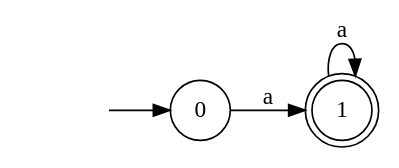
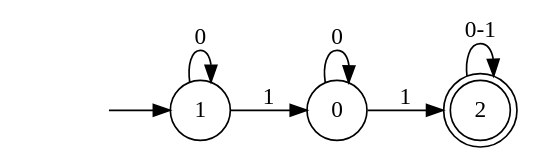
One commit to Faymiaouent/Automa4U changed the diagram in dotfiles/DFA18.dot. Above: the diagram before and after it, drawn with Graphviz. The commit also changed 86 other files, not shown here.

```diff
--- a/dotfiles/DFA18.dot
+++ b/dotfiles/DFA18.dot
@@ -1,9 +1,13 @@
 digraph Automaton {
   rankdir = LR;
 node [shape=circle];
+  0 -> 0 [label="0"];
+  0 -> 2 [label="1"];
+node [shape=circle];
   initial [shape=plaintext,label=""];
-  initial -> 0
-  0 -> 1 [label="a"];
-1 [shape=doublecircle]; 
-  1 -> 1 [label="a"];
+  initial -> 1
+  1 -> 1 [label="0"];
+  1 -> 0 [label="1"];
+2 [shape=doublecircle]; 
+  2 -> 2 [label="0-1"];
 }
```
